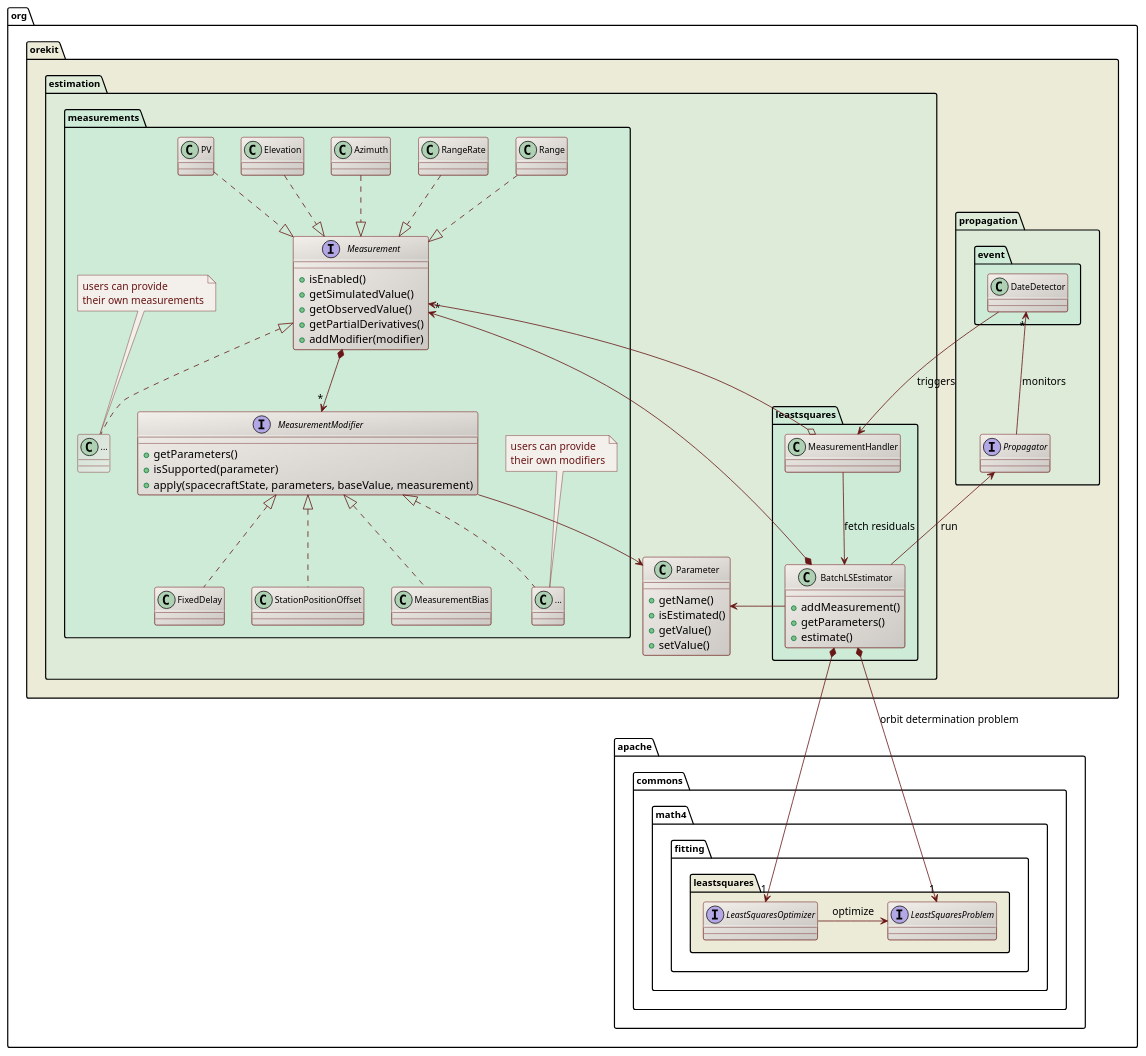
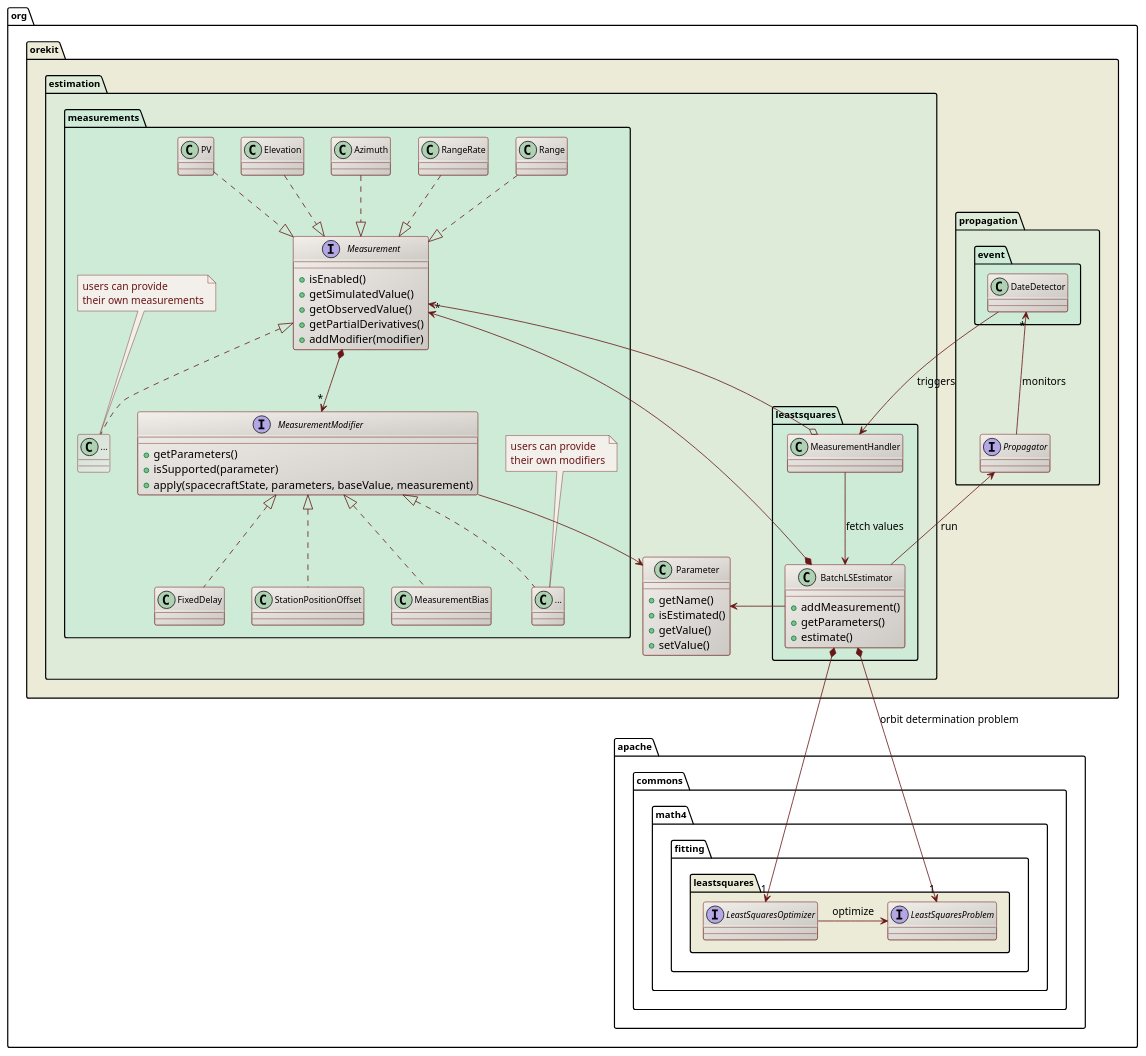
The diagram in src/design/orbit-determination-class-diagram.puml (CS-SI/Orekit), drawn with PlantUML before and after one commit. The commit also changed 1 other file, not shown here.

```diff
--- a/src/design/orbit-determination-class-diagram.puml
+++ b/src/design/orbit-determination-class-diagram.puml
@@ -17,113 +17,113 @@
 @startuml
 
   skinparam svek                  true
   skinparam ClassBackgroundColor  #F3EFEB/CCC9C5
   skinparam ClassArrowColor       #691616
   skinparam ClassBorderColor      #691616
   skinparam NoteBackgroundColor   #F3EFEB
   skinparam NoteBorderColor       #691616
   skinparam NoteFontColor         #691616
   skinparam ClassFontSize         11
   skinparam PackageFontSize       12
 
   package org.orekit #ECEBD8 {
 
     package propagation #DDEBD8 {
         package event #CEEBD8 {
             class DateDetector
         }
         interface Propagator
         DateDetector "*" <-- Propagator : monitors
     }
 
     package estimation #DDEBD8 {
 
         package leastsquares #CEEBD8 {
 
             class MeasurementHandler
             class BatchLSEstimator {
               +addMeasurement()
               +getParameters()
               +estimate()
             }
 
             DateDetector --> MeasurementHandler : triggers
 
-            MeasurementHandler --> BatchLSEstimator : fetch residuals
+            MeasurementHandler --> BatchLSEstimator : fetch values
             Propagator <-- BatchLSEstimator : run
 
         }
 
         package measurements #CEEBD8 {
 
             interface Measurement {
               +isEnabled()
               +getSimulatedValue()
               +getObservedValue()
               +getPartialDerivatives()
               +addModifier(modifier)
             }
 
             interface MeasurementModifier {
               +getParameters()
               +isSupported(parameter)
               +apply(spacecraftState, parameters, baseValue, measurement)
             }
 
             class "..." as OtherModifier #D5E0D5/E2EBE2
             note top
               users can provide
               their own modifiers
             end note
             class MeasurementBias
             class FixedDelay
             class StationPositionOffset
             class OtherModifier
 
             Measurement *--> "*" MeasurementModifier
             class "..." as OtherMeasurement #D5E0D5/E2EBE2
             note top
               users can provide
               their own measurements
             end note
             Measurement <|.. OtherMeasurement
             Range      ..|> Measurement
             RangeRate  ..|> Measurement
             Azimuth    ..|> Measurement
             Elevation  ..|> Measurement
             PV         ..|> Measurement
             MeasurementModifier <|.. MeasurementBias
             MeasurementModifier <|.. FixedDelay
             MeasurementModifier <|.. StationPositionOffset
             MeasurementModifier <|.. OtherModifier
 
             BatchLSEstimator *--> "*" Measurement
             Measurement <--o MeasurementHandler
 
         }
 
 
         class Parameter {
             +getName()
             +isEstimated()
             +getValue()
             +setValue()
         }
         MeasurementModifier --> Parameter
         Parameter <-- BatchLSEstimator
 
     }
 
   }
 
   package org.apache.commons.math4.fitting.leastsquares #ECEBD8 {
 
           interface LeastSquaresProblem
           interface LeastSquaresOptimizer
           LeastSquaresOptimizer -right-> LeastSquaresProblem  : optimize
           BatchLSEstimator *--> "1" LeastSquaresProblem : orbit determination problem
           BatchLSEstimator *--> "1" LeastSquaresOptimizer
 
   }
 
 @enduml
```
